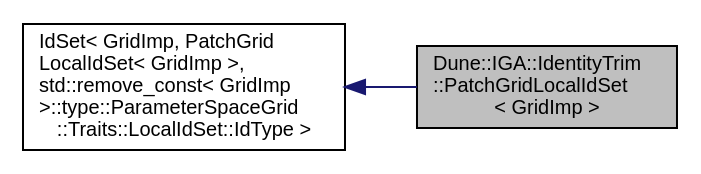
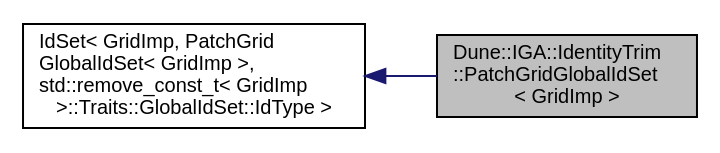
The diagram in d7/d94/a01642.dot (rath3t/dune-iga-doc), drawn with Graphviz before and after one commit. The commit also changed 1366 other files, not shown here.

Commit message:
deploy: rath3t/dune-iga@969adfa9f2f619d4a726f631c2d194354445b194

```diff
--- a/d7/d94/a01642.dot
+++ b/d7/d94/a01642.dot
@@ -1,10 +1,10 @@
-digraph "Dune::IGA::IdentityTrim::PatchGridLocalIdSet&lt; GridImp &gt;"
+digraph "Dune::IGA::IdentityTrim::PatchGridGlobalIdSet&lt; GridImp &gt;"
 {
  // LATEX_PDF_SIZE
   edge [fontname="Helvetica",fontsize="10",labelfontname="Helvetica",labelfontsize="10"];
   node [fontname="Helvetica",fontsize="10",shape=record];
   rankdir="LR";
-  Node1 [label="Dune::IGA::IdentityTrim\l::PatchGridLocalIdSet\l\< GridImp \>",height=0.2,width=0.4,color="black", fillcolor="grey75", style="filled", fontcolor="black",tooltip=" "];
+  Node1 [label="Dune::IGA::IdentityTrim\l::PatchGridGlobalIdSet\l\< GridImp \>",height=0.2,width=0.4,color="black", fillcolor="grey75", style="filled", fontcolor="black",tooltip=" "];
   Node2 -> Node1 [dir="back",color="midnightblue",fontsize="10",style="solid",fontname="Helvetica"];
-  Node2 [label="IdSet\< GridImp, PatchGrid\lLocalIdSet\< GridImp \>,\l std::remove_const\< GridImp\l \>::type::ParameterSpaceGrid\l::Traits::LocalIdSet::IdType \>",height=0.2,width=0.4,color="black", fillcolor="white", style="filled",tooltip=" "];
+  Node2 [label="IdSet\< GridImp, PatchGrid\lGlobalIdSet\< GridImp \>,\l std::remove_const_t\< GridImp\l \>::Traits::GlobalIdSet::IdType \>",height=0.2,width=0.4,color="black", fillcolor="white", style="filled",tooltip=" "];
 }
```
